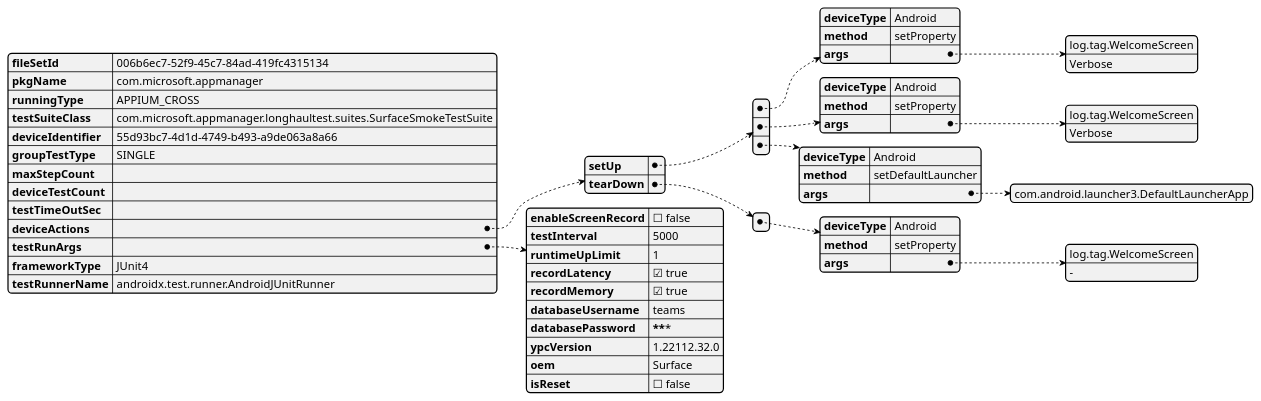
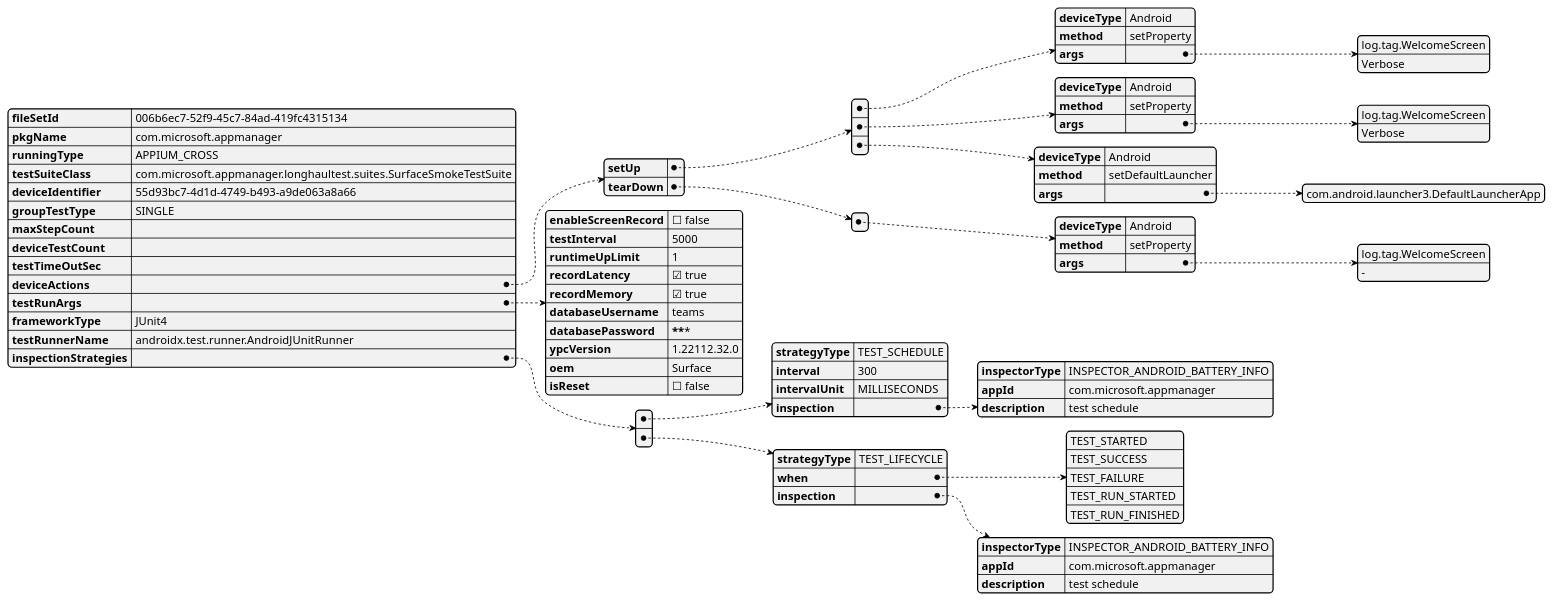
Before and after one commit to microsoft/HydraLab: the third of 6 diagrams in agent/doc/UML/test_runner_design.puml, drawn with PlantUML.

Commit message:
Update test_task_spec_design

```diff
--- a/agent/doc/UML/test_runner_design.puml
+++ b/agent/doc/UML/test_runner_design.puml
@@ -67,49 +67,76 @@
 @startjson test_task_spec_design
 {
     "fileSetId": "006b6ec7-52f9-45c7-84ad-419fc4315134",
     "pkgName": "com.microsoft.appmanager",
     "runningType": "APPIUM_CROSS",
     "testSuiteClass": "com.microsoft.appmanager.longhaultest.suites.SurfaceSmokeTestSuite",
     "deviceIdentifier": "55d93bc7-4d1d-4749-b493-a9de063a8a66",
     "groupTestType": "SINGLE",
     "maxStepCount": "",
     "deviceTestCount": "",
     "testTimeOutSec": "",
     "deviceActions":{
         "setUp":[{
             "deviceType":"Android",
             "method":"setProperty",
             "args": ["log.tag.WelcomeScreen","Verbose"]
         },
         {
             "deviceType":"Android",
             "method":"setProperty",
             "args": ["log.tag.WelcomeScreen","Verbose"]
         },
         {
             "deviceType":"Android",
             "method":"setDefaultLauncher",
             "args": ["com.android.launcher3.DefaultLauncherApp"]
         }],
         "tearDown":[{
             "deviceType":"Android",
             "method":"setProperty",
             "args": ["log.tag.WelcomeScreen","-"]
         }]
      },
     "testRunArgs": {
         "enableScreenRecord": false,
         "testInterval": 5000,
         "runtimeUpLimit": 1,
         "recordLatency": true,
         "recordMemory": true,
         "databaseUsername": "teams",
         "databasePassword": "***********",
         "ypcVersion": "1.22112.32.0",
         "oem": "Surface",
         "isReset": false
     },
     "frameworkType": "JUnit4",
-    "testRunnerName": "androidx.test.runner.AndroidJUnitRunner"
+    "testRunnerName": "androidx.test.runner.AndroidJUnitRunner",
+    "inspectionStrategies": [
+        {
+            "strategyType": "TEST_SCHEDULE",
+            "interval": 300,
+            "intervalUnit": "MILLISECONDS",
+            "inspection": {
+                "inspectorType": "INSPECTOR_ANDROID_BATTERY_INFO",
+                "appId": "com.microsoft.appmanager",
+                "description": "test schedule"
+            }
+        },
+        {
+             "strategyType": "TEST_LIFECYCLE",
+             "when": [
+                 "TEST_STARTED",
+                 "TEST_SUCCESS",
+                 "TEST_FAILURE",
+                 "TEST_RUN_STARTED",
+                 "TEST_RUN_FINISHED"
+             ],
+             "inspection": {
+                 "inspectorType": "INSPECTOR_ANDROID_BATTERY_INFO",
+                 "appId": "com.microsoft.appmanager",
+                 "description": "test schedule"
+             }
+         }
+    ]
 }
 @endjson
```
